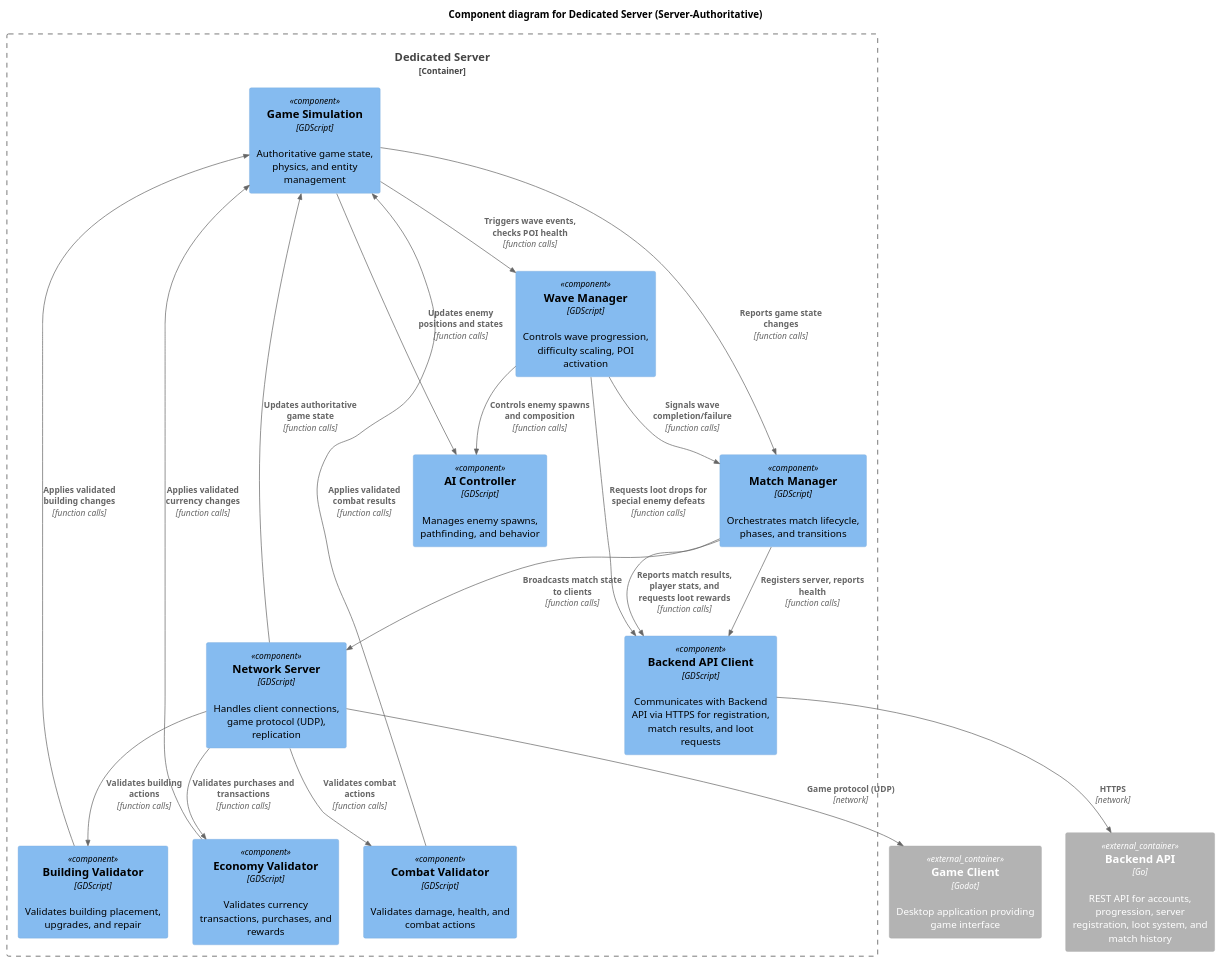
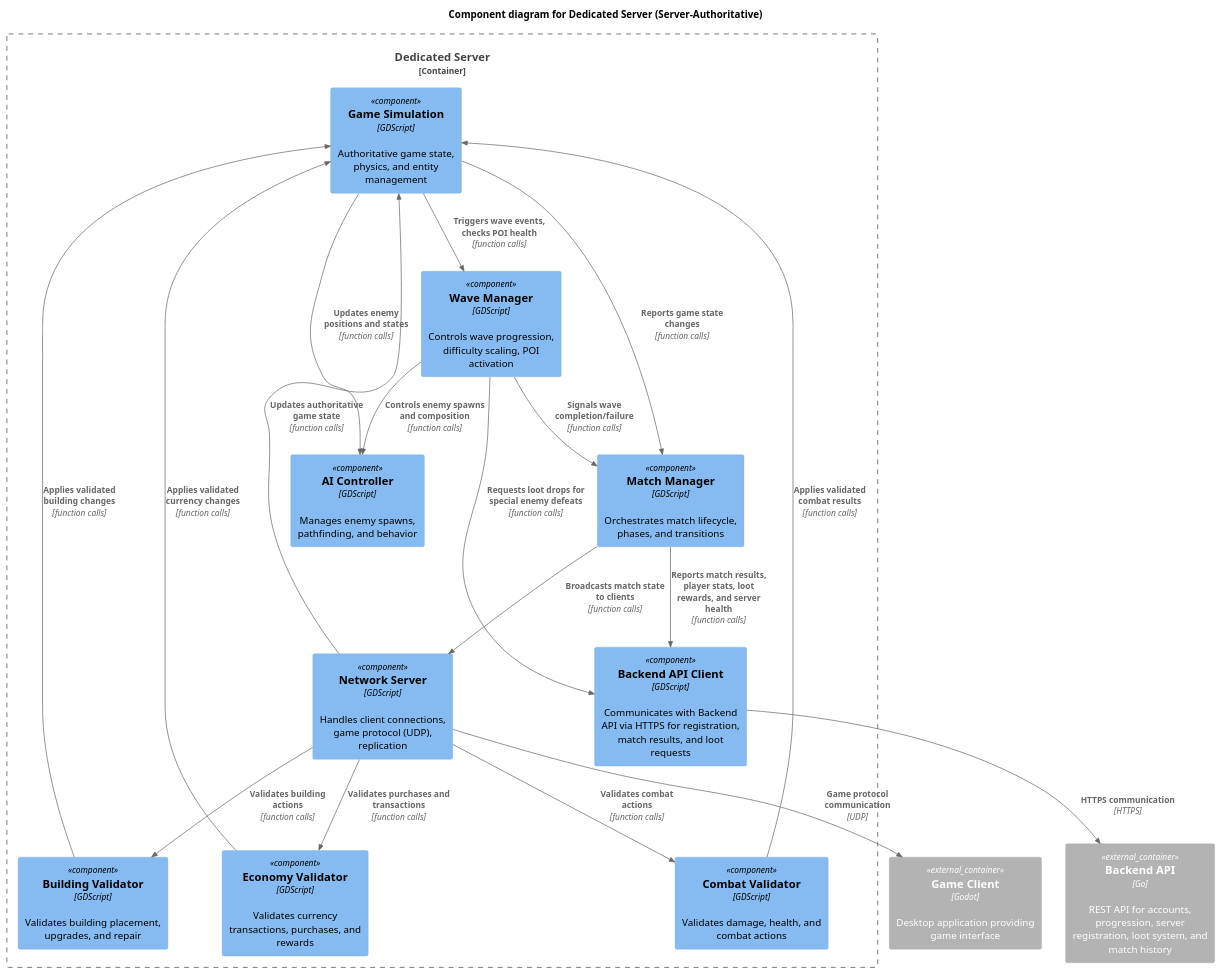
The diagram in docs/c4/containers/dedicated-server.puml (rodd-oss/ai-zombie-defense), drawn with PlantUML before and after one commit. The commit also changed 7 other files, not shown here.

First line of the commit message:
Update C4 diagrams and PRD documentation

```diff
--- a/docs/c4/containers/dedicated-server.puml
+++ b/docs/c4/containers/dedicated-server.puml
@@ -1,63 +1,63 @@
 @startuml
 !include https://raw.githubusercontent.com/plantuml-stdlib/C4-PlantUML/master/C4_Component.puml
 
 title Component diagram for Dedicated Server (Server-Authoritative)
 
 ' External containers (from container diagram)
 Container_Ext(game_client, "Game Client", "Godot", "Desktop application providing game interface")
 Container_Ext(backend_api, "Backend API", "Go", "REST API for accounts, progression, server registration, loot system, and match history")
 
 ' Dedicated Server container boundary with internal components
 Container_Boundary(dedicated_server, "Dedicated Server") {
   Component(game_simulation, "Game Simulation", "GDScript", "Authoritative game state, physics, and entity management")
   Component(network_server, "Network Server", "GDScript", "Handles client connections, game protocol (UDP), replication")
   Component(ai_controller, "AI Controller", "GDScript", "Manages enemy spawns, pathfinding, and behavior")
   Component(wave_manager, "Wave Manager", "GDScript", "Controls wave progression, difficulty scaling, POI activation")
   Component(building_validator, "Building Validator", "GDScript", "Validates building placement, upgrades, and repair")
   Component(economy_validator, "Economy Validator", "GDScript", "Validates currency transactions, purchases, and rewards")
   Component(combat_validator, "Combat Validator", "GDScript", "Validates damage, health, and combat actions")
   Component(match_manager, "Match Manager", "GDScript", "Orchestrates match lifecycle, phases, and transitions")
   Component(backend_api_client, "Backend API Client", "GDScript", "Communicates with Backend API via HTTPS for registration, match results, and loot requests")
 }
 
 ' Server-authoritative relationships
 ' Network Server receives client inputs, validates through appropriate validators
 Rel(network_server, game_simulation, "Updates authoritative game state", "function calls")
 Rel(network_server, building_validator, "Validates building actions", "function calls")
 Rel(network_server, economy_validator, "Validates purchases and transactions", "function calls")
 Rel(network_server, combat_validator, "Validates combat actions", "function calls")
 
 ' Game Simulation coordinates core gameplay
 Rel(game_simulation, ai_controller, "Updates enemy positions and states", "function calls")
 Rel(game_simulation, wave_manager, "Triggers wave events, checks POI health", "function calls")
 Rel(game_simulation, match_manager, "Reports game state changes", "function calls")
 
 ' Wave and AI management
 Rel(wave_manager, ai_controller, "Controls enemy spawns and composition", "function calls")
 Rel(wave_manager, match_manager, "Signals wave completion/failure", "function calls")
 Rel(wave_manager, backend_api_client, "Requests loot drops for special enemy defeats", "function calls")
 
 ' Match lifecycle
-Rel(match_manager, backend_api_client, "Reports match results, player stats, and requests loot rewards", "function calls")
+Rel(match_manager, backend_api_client, "Reports match results, player stats, loot rewards, and server health", "function calls")
 Rel(match_manager, network_server, "Broadcasts match state to clients", "function calls")
 
 ' Validation systems interact with game simulation
 Rel(building_validator, game_simulation, "Applies validated building changes", "function calls")
 Rel(economy_validator, game_simulation, "Applies validated currency changes", "function calls")
 Rel(combat_validator, game_simulation, "Applies validated combat results", "function calls")
 
 ' External connections
-Rel(network_server, game_client, "Game protocol (UDP)", "network")
-Rel(backend_api_client, backend_api, "HTTPS", "network")
+Rel(network_server, game_client, "Game protocol communication", "UDP")
+Rel(backend_api_client, backend_api, "HTTPS communication", "HTTPS")
 
 ' Server registration and health reporting
-Rel(match_manager, backend_api_client, "Registers server, reports health", "function calls")
+
 
 ' Loot system integration via Backend API loot_service
 ' Diagram references
 ' See context diagram: docs/c4/context.puml
 ' See container diagram: docs/c4/container.puml
 ' See Game Client components: docs/c4/containers/game-client.puml
 ' (This is a component diagram for the "Dedicated Server" container)
 
 @enduml
```
